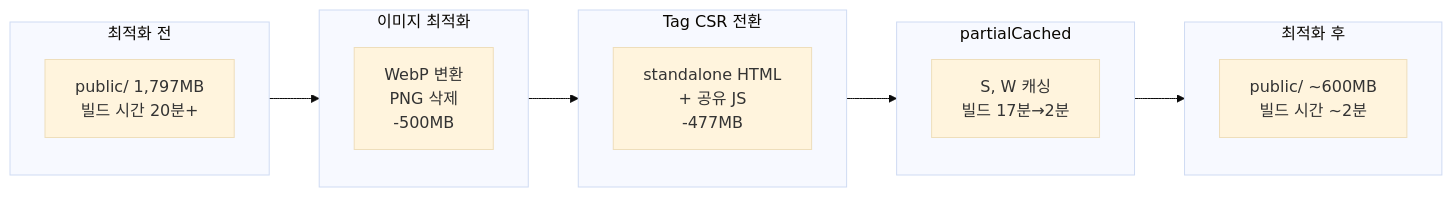
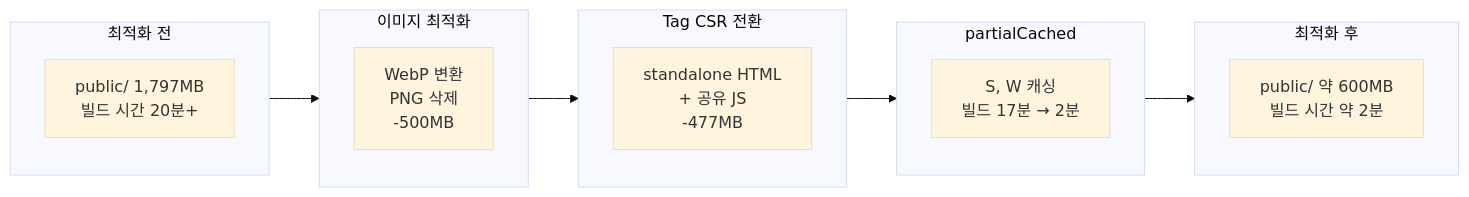
Before and after one commit to 42jerrykim/42jerrykim.github.io: the fifth of 5 diagrams in content/post/2026/2026-02-24-hugo-build-optimization-github-pages/index.md, drawn with Mermaid (base theme). The commit also changed other lines of this file and 239 other files, not shown here.

````diff
--- a/content/post/2026/2026-02-24-hugo-build-optimization-github-pages/index.md
+++ b/content/post/2026/2026-02-24-hugo-build-optimization-github-pages/index.md
@@ -499,19 +539,19 @@
 ```mermaid
 flowchart LR
-    subgraph before_opt ["최적화 전"]
-        A["public/ 1,797MB</br>빌드 시간 20분+"]
+    subgraph StateBefore["최적화 전"]
+        BeforeNode["public/ 1,797MB</br>빌드 시간 20분+"]
     end
-    subgraph step1 ["이미지 최적화"]
-        B["WebP 변환</br>PNG 삭제</br>-500MB"]
+    subgraph StepImg["이미지 최적화"]
+        ImgNode["WebP 변환</br>PNG 삭제</br>-500MB"]
     end
-    subgraph step2 ["Tag CSR 전환"]
-        C["standalone HTML</br>+ 공유 JS</br>-477MB"]
+    subgraph StepTag["Tag CSR 전환"]
+        TagNode["standalone HTML</br>+ 공유 JS</br>-477MB"]
     end
-    subgraph step3 ["partialCached"]
-        D["S, W 캐싱</br>빌드 17분→2분"]
+    subgraph StepCache["partialCached"]
+        CacheNode["S, W 캐싱</br>빌드 17분 → 2분"]
     end
-    subgraph after_opt ["최적화 후"]
-        E["public/ ~600MB</br>빌드 시간 ~2분"]
+    subgraph StateAfter["최적화 후"]
+        AfterNode["public/ 약 600MB</br>빌드 시간 약 2분"]
     end
-    before_opt --> step1 --> step2 --> step3 --> after_opt
+    StateBefore --> StepImg --> StepTag --> StepCache --> StateAfter
 ```
````
